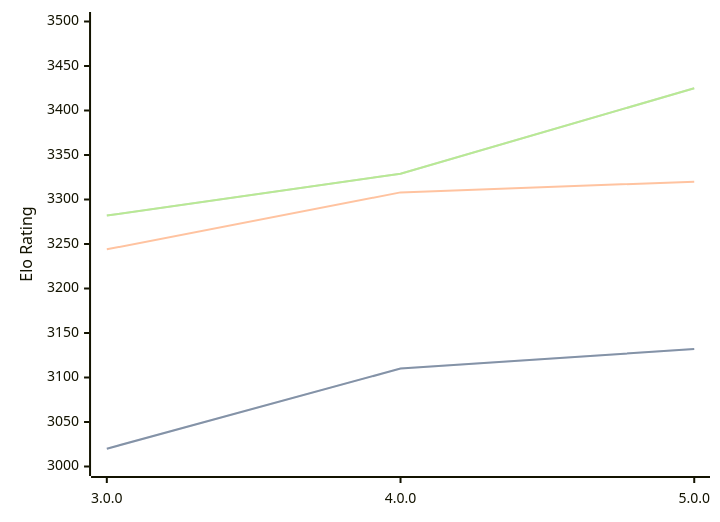
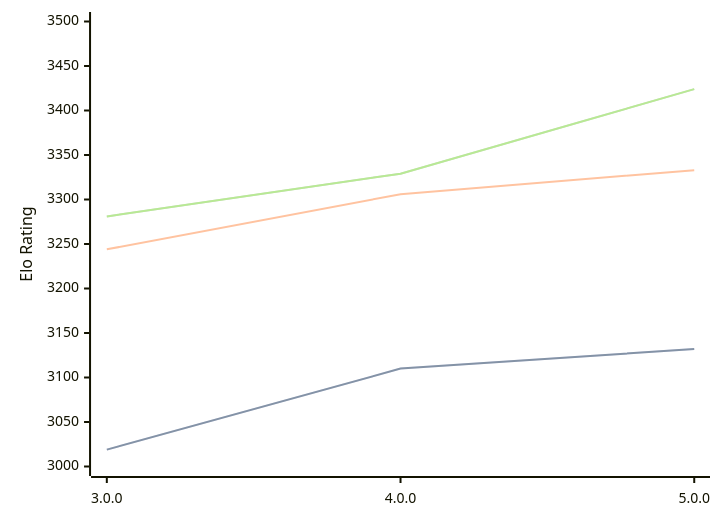
Before and after one commit to computer-chess-index/cci: the diagram in engines/Minke.md, drawn with Mermaid. The commit also changed other lines of this file, not shown here.

Commit message:
Update CCI Ratings (ELO VLTC) - 2026-02-14

````diff
--- a/engines/Minke.md
+++ b/engines/Minke.md
@@ -32,11 +32,11 @@
 ```mermaid
 %%{init: {"theme":"base","themeVariables":{"seriesColors:['#a3a3a3','#222221','#faa371']}}}%%
 xychart-beta
   x-axis ["3.0.0", "4.0.0", "5.0.0"]
   y-axis "Elo Rating" 3000 --> 3500
-  line "STC (8.0+0.08s)" [3020, 3110, 3132]
-  line "STC (8.0+0.08s)" [3020, 3110, 3132]
-  line "LTC (60.0+0.60s)" [3244, 3308, 3320]
-  line "VLTC (2m24s+1.12s)" [3282, 3329, 3425]
-  line "VLTC (2m24s+1.12s)" [3282, 3329, 3425]
+  line "STC (8.0+0.08s)" [3019, 3110, 3132]
+  line "STC (8.0+0.08s)" [3019, 3110, 3132]
+  line "LTC (60.0+0.60s)" [3244, 3306, 3333]
+  line "VLTC (2m24s+1.12s)" [3281, 3329, 3424]
+  line "VLTC (2m24s+1.12s)" [3281, 3329, 3424]
 ```
````
